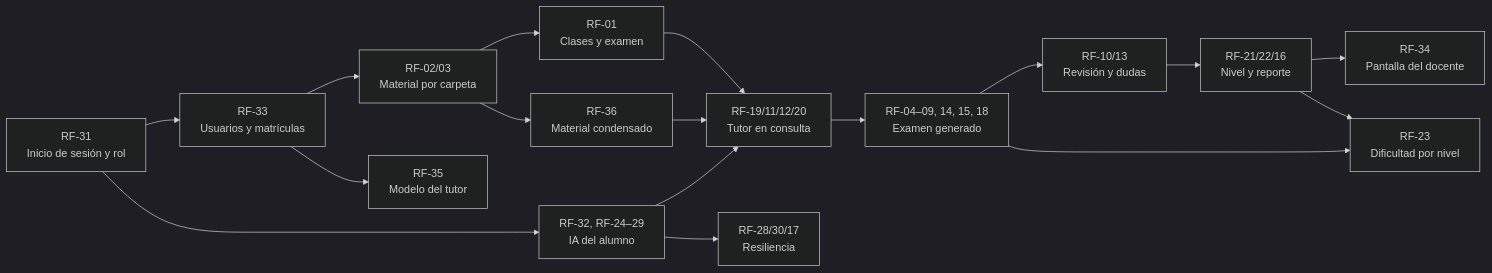
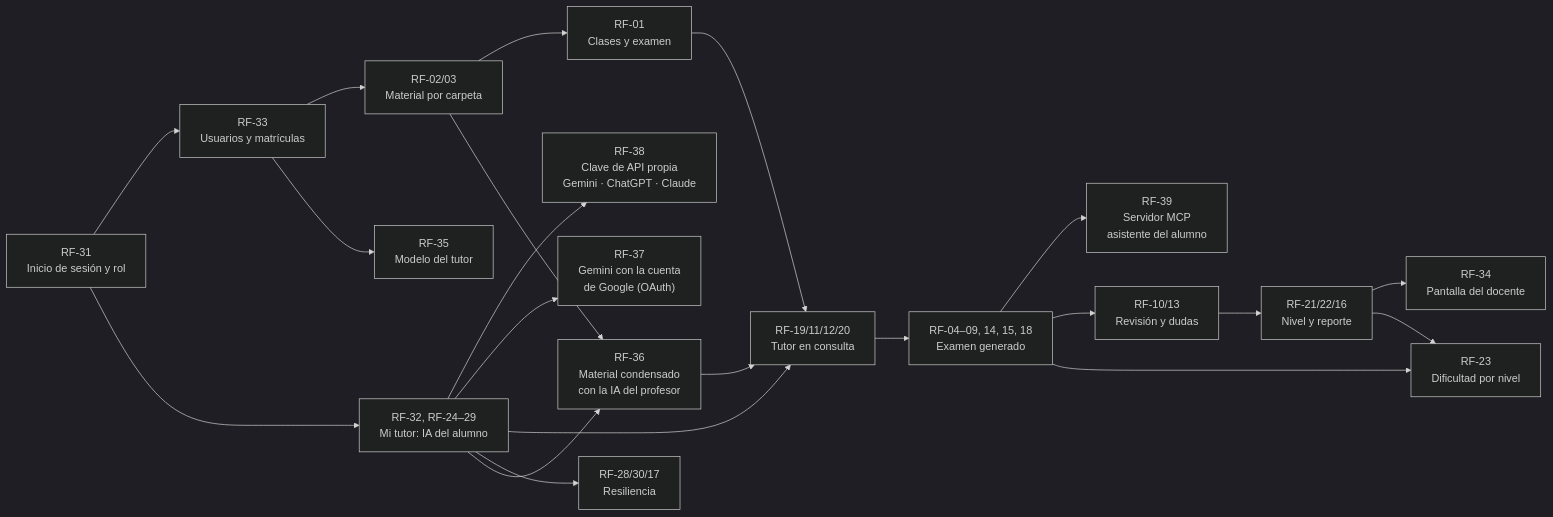
Before and after one commit to hideakiuchida/TutorPre: the diagram in specs/02-requisitos.md, drawn with Mermaid (dark theme). The commit also changed other lines of this file and 26 other files, not shown here.

First line of the commit message:
Specs sin OpenRouter, diagramas al día y guía de usuario en PDF

````diff
--- a/specs/02-requisitos.md
+++ b/specs/02-requisitos.md
@@ -63,19 +63,23 @@
 ```mermaid
 flowchart LR
     RF31["RF-31<br/>Inicio de sesión y rol"] --> RF33["RF-33<br/>Usuarios y matrículas"]
     RF33 --> RF02["RF-02/03<br/>Material por carpeta"]
     RF02 --> RF01["RF-01<br/>Clases y examen"]
-    RF31 --> RF32["RF-32, RF-24–29<br/>IA del alumno"]
+    RF31 --> RF32["RF-32, RF-24–29<br/>Mi tutor: IA del alumno"]
+    RF32 --> RF38["RF-38<br/>Clave de API propia<br/>Gemini · ChatGPT · Claude"]
+    RF32 --> RF37["RF-37<br/>Gemini con la cuenta<br/>de Google (OAuth)"]
     RF01 --> RF19["RF-19/11/12/20<br/>Tutor en consulta"]
     RF32 --> RF19
     RF19 --> RF04["RF-04–09, 14, 15, 18<br/>Examen generado"]
+    RF04 --> RF39["RF-39<br/>Servidor MCP<br/>asistente del alumno"]
     RF04 --> RF10["RF-10/13<br/>Revisión y dudas"]
     RF10 --> RF21["RF-21/22/16<br/>Nivel y reporte"]
     RF21 --> RF34["RF-34<br/>Pantalla del docente"]
     RF04 --> RF23["RF-23<br/>Dificultad por nivel"]
     RF21 --> RF23
     RF32 --> RF28["RF-28/30/17<br/>Resiliencia"]
     RF33 --> RF35["RF-35<br/>Modelo del tutor"]
-    RF02 --> RF36["RF-36<br/>Material condensado"]
+    RF02 --> RF36["RF-36<br/>Material condensado<br/>con la IA del profesor"]
+    RF32 --> RF36
     RF36 --> RF19
 ```
````
